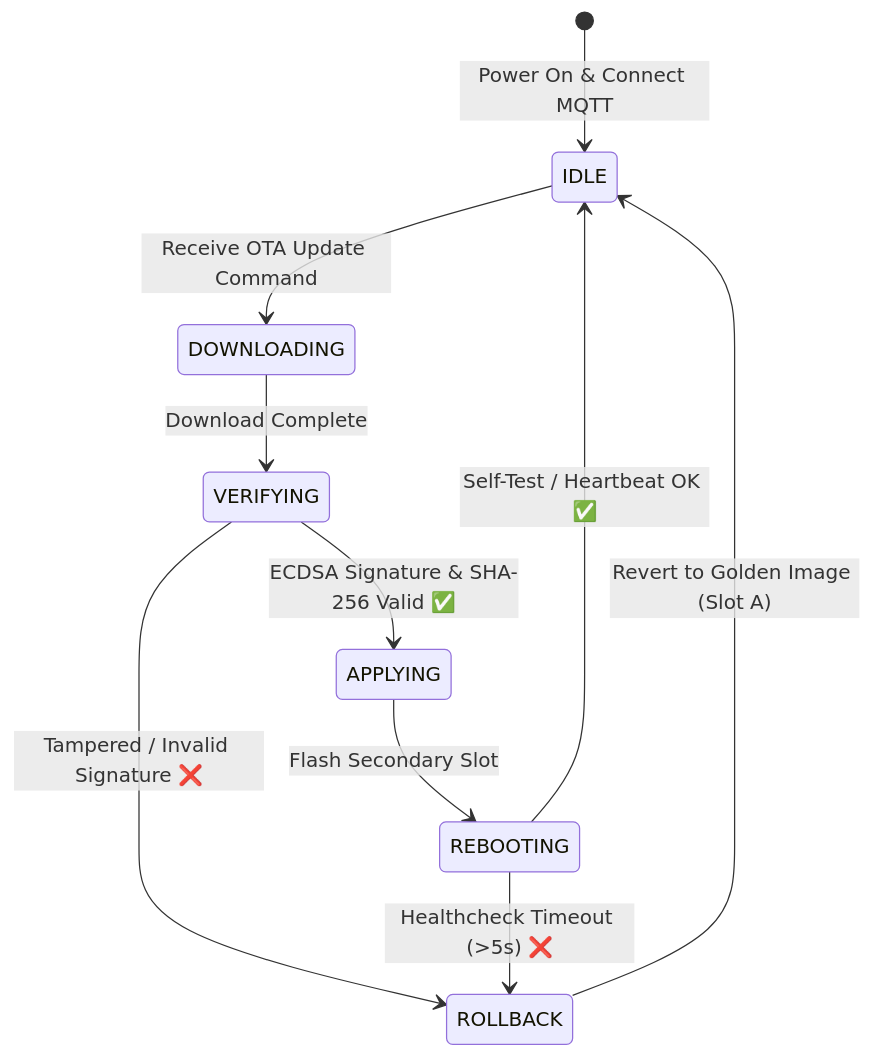
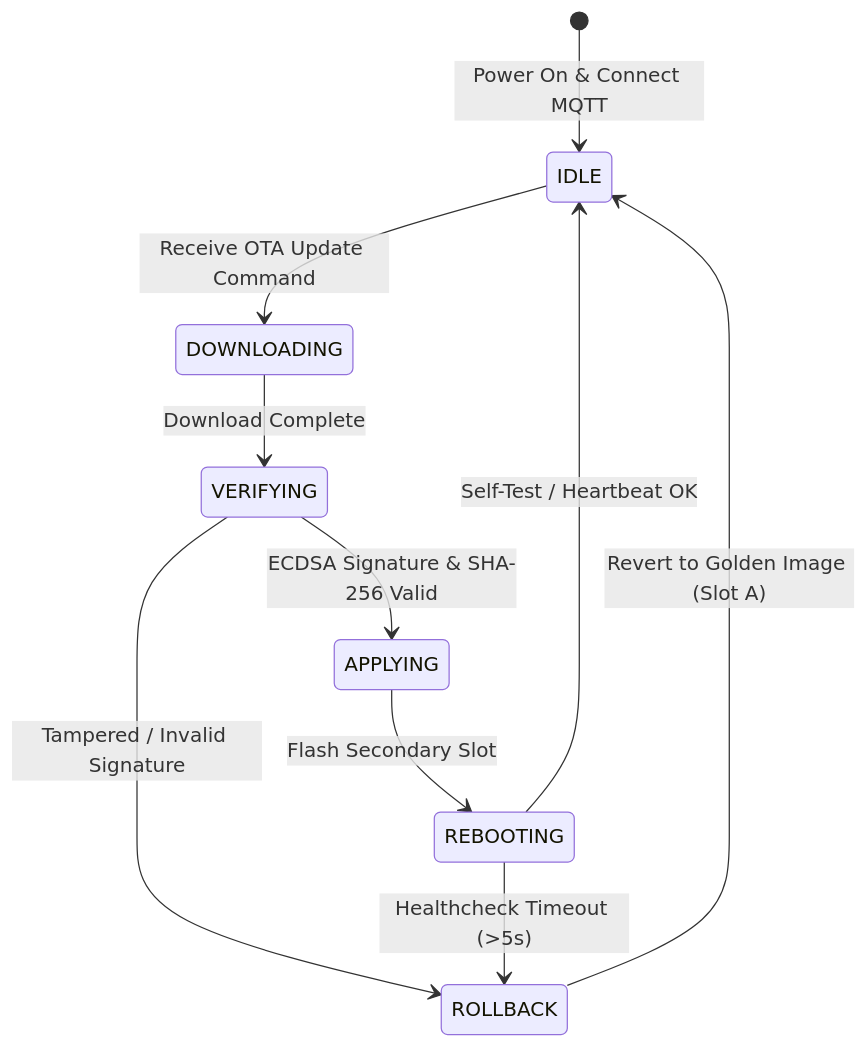
One commit to 50kthaipat/ota-robot-system changed the diagram in simulator/README.md. Above: the diagram before and after it, drawn with Mermaid. The commit also changed other lines of this file and 4 other files, not shown here.

````diff
--- a/simulator/README.md
+++ b/simulator/README.md
@@ -15,12 +15,12 @@
 ```mermaid
 stateDiagram-v2
     [*] --> IDLE : Power On & Connect MQTT
     IDLE --> DOWNLOADING : Receive OTA Update Command
     DOWNLOADING --> VERIFYING : Download Complete
-    VERIFYING --> APPLYING : ECDSA Signature & SHA-256 Valid ✅
-    VERIFYING --> ROLLBACK : Tampered / Invalid Signature ❌
+    VERIFYING --> APPLYING : ECDSA Signature & SHA-256 Valid
+    VERIFYING --> ROLLBACK : Tampered / Invalid Signature
     APPLYING --> REBOOTING : Flash Secondary Slot
-    REBOOTING --> IDLE : Self-Test / Heartbeat OK ✅
-    REBOOTING --> ROLLBACK : Healthcheck Timeout (>5s) ❌
+    REBOOTING --> IDLE : Self-Test / Heartbeat OK
+    REBOOTING --> ROLLBACK : Healthcheck Timeout (>5s)
     ROLLBACK --> IDLE : Revert to Golden Image (Slot A)
 ```
````
